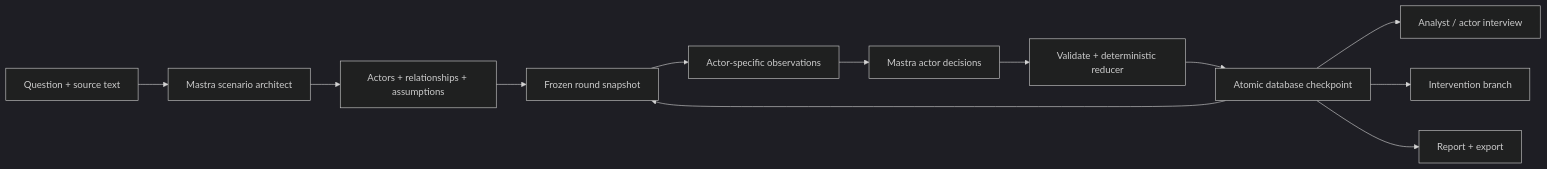
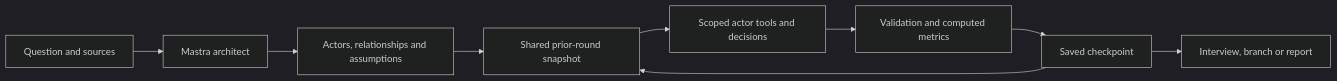
One commit to ozgurugurlu/branch-lab changed the diagram in README.md. Above: the diagram before and after it, drawn with Mermaid (dark theme). The commit also changed other lines of this file and 9 other files, not shown here.

````diff
--- a/README.md
+++ b/README.md
@@ -46,14 +68,11 @@
 ```mermaid
 flowchart LR
-  A[Question + source text] --> B[Mastra scenario architect]
-  B --> C[Actors + relationships + assumptions]
-  C --> D[Frozen round snapshot]
-  D --> E[Actor-specific observations]
-  E --> F[Mastra actor decisions]
-  F --> G[Validate + deterministic reducer]
-  G --> H[Atomic database checkpoint]
-  H --> D
-  H --> I[Analyst / actor interview]
-  H --> J[Intervention branch]
-  H --> K[Report + export]
+  A[Question and sources] --> B[Mastra architect]
+  B --> C[Actors, relationships and assumptions]
+  C --> D[Shared prior-round snapshot]
+  D --> E[Scoped actor tools and decisions]
+  E --> F[Validation and computed metrics]
+  F --> G[Saved checkpoint]
+  G --> D
+  G --> H[Interview, branch or report]
 ```
````
